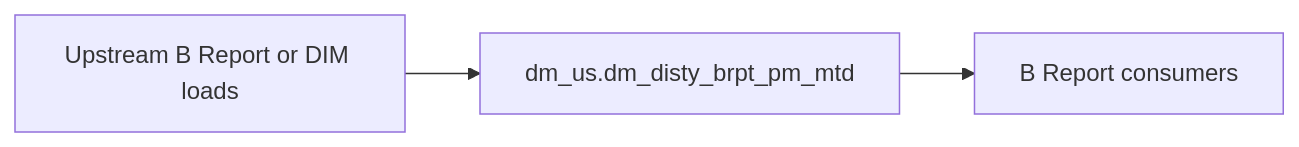
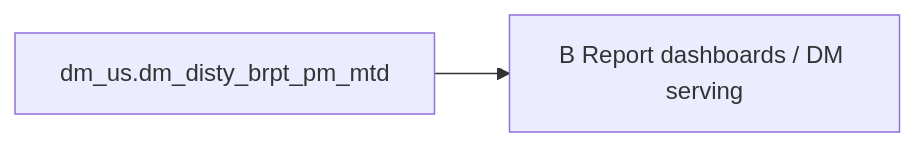
The diagram in backend/defaults/b_report/workspace/target/knowledgebase/b-report-us/dm_disty_brpt_pm_mtd.md (chengduhaha/data_agent), drawn with Mermaid before and after one commit. The commit also changed other lines of this file and 1108 other files, not shown here.

````diff
--- a/backend/defaults/b_report/workspace/target/knowledgebase/b-report-us/dm_disty_brpt_pm_mtd.md
+++ b/backend/defaults/b_report/workspace/target/knowledgebase/b-report-us/dm_disty_brpt_pm_mtd.md
@@ -126,8 +157,6 @@
 ```mermaid
 flowchart LR
-  upstream[Upstream B Report or DIM loads]
-  tgt["dm_us.dm_disty_brpt_pm_mtd"]
-  brpt[B Report consumers]
-  upstream --> tgt
-  tgt --> brpt
+  dm_us_dm_disty_brpt_pm_mtd["dm_us.dm_disty_brpt_pm_mtd"]
+  consumers["B Report dashboards / DM serving"]
+  dm_us_dm_disty_brpt_pm_mtd --> consumers
 ```
````
